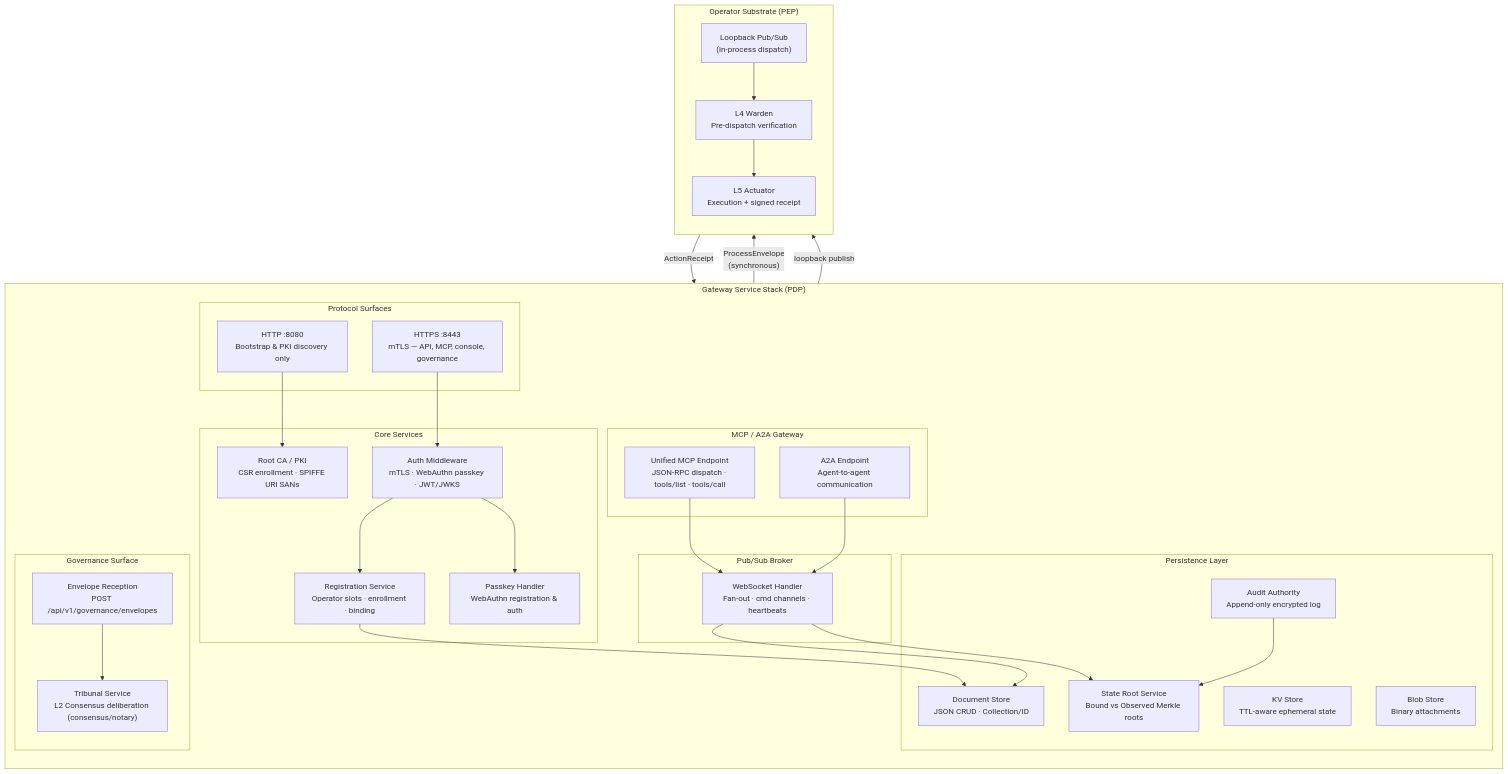
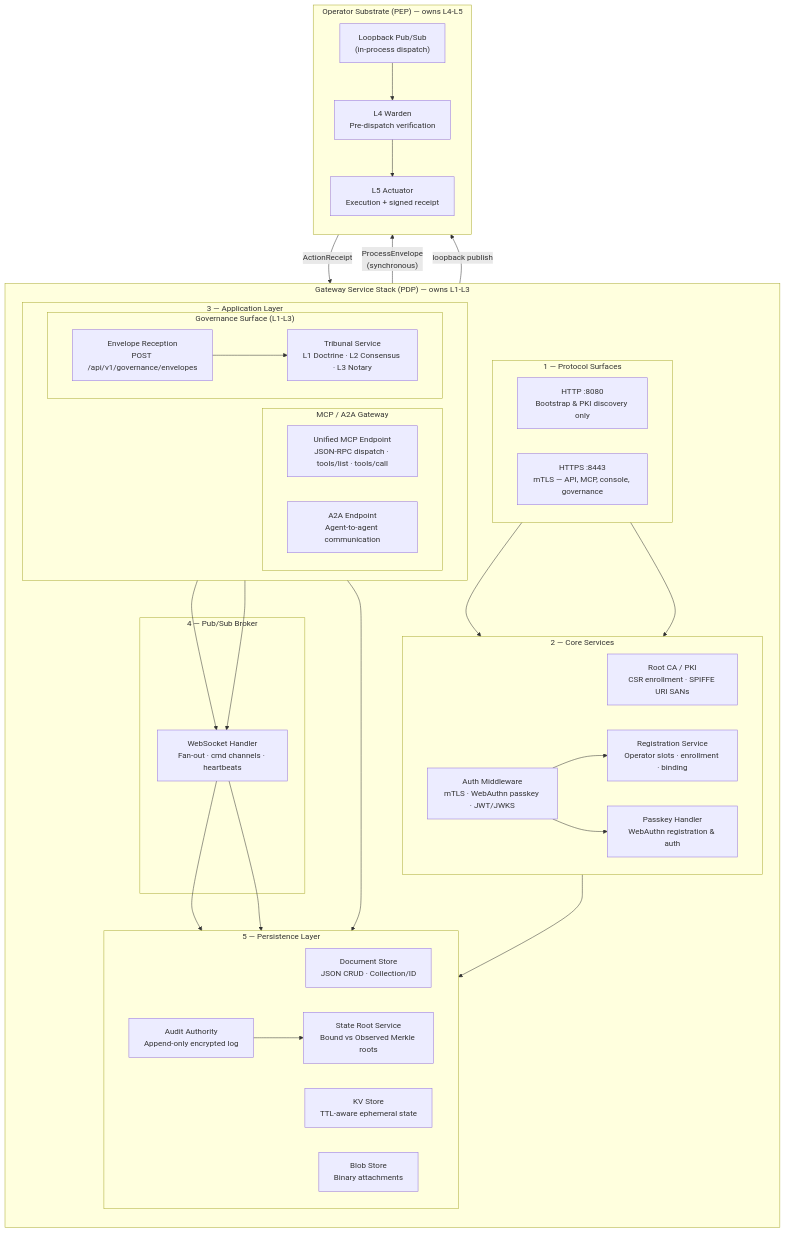
One commit to g8e-ai/g8e changed the diagram in docs/diagrams/graph-gateway-services.md. Above: the diagram before and after it, drawn with Mermaid. The commit also changed other lines of this file and 69 other files, not shown here.

````diff
--- a/docs/diagrams/graph-gateway-services.md
+++ b/docs/diagrams/graph-gateway-services.md
@@ -7,64 +7,73 @@
 ```mermaid
 graph TD
-    subgraph GatewayServices ["Gateway Service Stack (PDP)"]
+    subgraph GatewayServices ["Gateway Service Stack (PDP) — owns L1-L3"]
         direction TB
 
-        subgraph Edge ["Protocol Surfaces"]
+        subgraph Edge ["1 — Protocol Surfaces"]
+            direction LR
             HTTP["HTTP :8080<br/>Bootstrap & PKI discovery only"]
             HTTPS["HTTPS :8443<br/>mTLS — API, MCP, console, governance"]
         end
 
-        subgraph Core ["Core Services"]
+        subgraph Core ["2 — Core Services"]
+            direction LR
             PKI["Root CA / PKI<br/>CSR enrollment · SPIFFE URI SANs"]
             Auth["Auth Middleware<br/>mTLS · WebAuthn passkey · JWT/JWKS"]
             Reg["Registration Service<br/>Operator slots · enrollment · binding"]
             Passkey["Passkey Handler<br/>WebAuthn registration & auth"]
         end
 
-        subgraph Data ["Persistence Layer"]
+        subgraph AppLayer ["3 — Application Layer"]
+            direction LR
+            subgraph MCP ["MCP / A2A Gateway"]
+                MCPEndpoint["Unified MCP Endpoint<br/>JSON-RPC dispatch · tools/list · tools/call"]
+                A2A["A2A Endpoint<br/>Agent-to-agent communication"]
+            end
+            subgraph Governance ["Governance Surface (L1-L3)"]
+                EnvelopeRx["Envelope Reception<br/>POST /api/v1/governance/envelopes"]
+                Tribunal["Tribunal Service<br/>L1 Doctrine · L2 Consensus · L3 Notary"]
+            end
+        end
+
+        subgraph Broker ["4 — Pub/Sub Broker"]
+            WSSHandler["WebSocket Handler<br/>Fan-out · cmd channels · heartbeats"]
+        end
+
+        subgraph Data ["5 — Persistence Layer"]
+            direction LR
             DocStore["Document Store<br/>JSON CRUD · Collection/ID"]
             KVStore["KV Store<br/>TTL-aware ephemeral state"]
             BlobStore["Blob Store<br/>Binary attachments"]
             AuditDB["Audit Authority<br/>Append-only encrypted log"]
             StateRoot["State Root Service<br/>Bound vs Observed Merkle roots"]
         end
 
-        subgraph Broker ["Pub/Sub Broker"]
-            WSSHandler["WebSocket Handler<br/>Fan-out · cmd channels · heartbeats"]
-        end
-
-        subgraph MCP ["MCP / A2A Gateway"]
-            MCPEndpoint["Unified MCP Endpoint<br/>JSON-RPC dispatch · tools/list · tools/call"]
-            A2A["A2A Endpoint<br/>Agent-to-agent communication"]
-        end
-
-        subgraph Governance ["Governance Surface"]
-            EnvelopeRx["Envelope Reception<br/>POST /api/v1/governance/envelopes"]
-            Tribunal["Tribunal Service<br/>L2 Consensus deliberation (consensus/notary)"]
-        end
-
         HTTP --> PKI
         HTTPS --> Auth
         Auth --> Reg
         Auth --> Passkey
         Reg --> DocStore
+
         EnvelopeRx --> Tribunal
+        Tribunal --> StateRoot
+
         MCPEndpoint --> WSSHandler
         A2A --> WSSHandler
         WSSHandler --> DocStore
         WSSHandler --> StateRoot
+
         AuditDB --> StateRoot
     end
 
-    subgraph OperatorSubstrate ["Operator Substrate (PEP)"]
+    subgraph OperatorSubstrate ["Operator Substrate (PEP) — owns L4-L5"]
         direction TB
-        Loopback["Loopback Pub/Sub<br/>(in-process dispatch)"]
+        LoopbackBridge["Loopback Pub/Sub<br/>(in-process dispatch)"]
         Warden["L4 Warden<br/>Pre-dispatch verification"]
         Actuator["L5 Actuator<br/>Execution + signed receipt"]
-        Loopback --> Warden --> Actuator
+        LoopbackBridge --> Warden --> Actuator
     end
 
-    EnvelopeRx -- "ProcessEnvelope<br/>(synchronous)" --> Loopback
-    WSSHandler -- "loopback publish" --> Loopback
+    EnvelopeRx -- "ProcessEnvelope<br/>(synchronous)" --> LoopbackBridge
+    WSSHandler -- "loopback publish" --> LoopbackBridge
     Actuator -- "ActionReceipt" --> AuditDB
 ```
````
